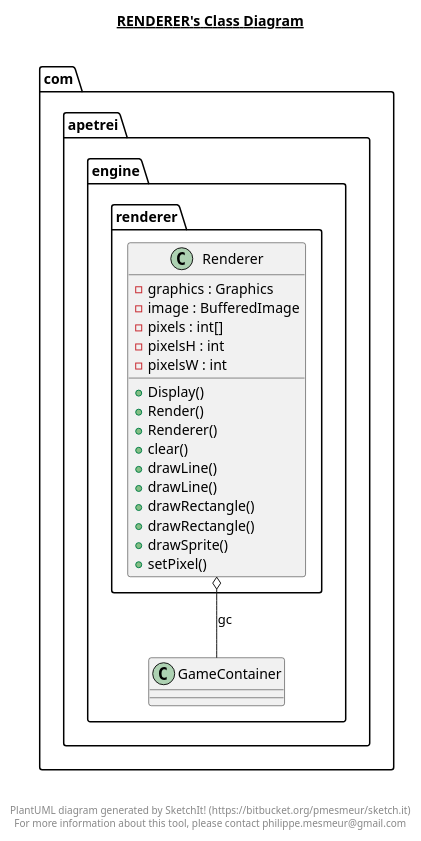
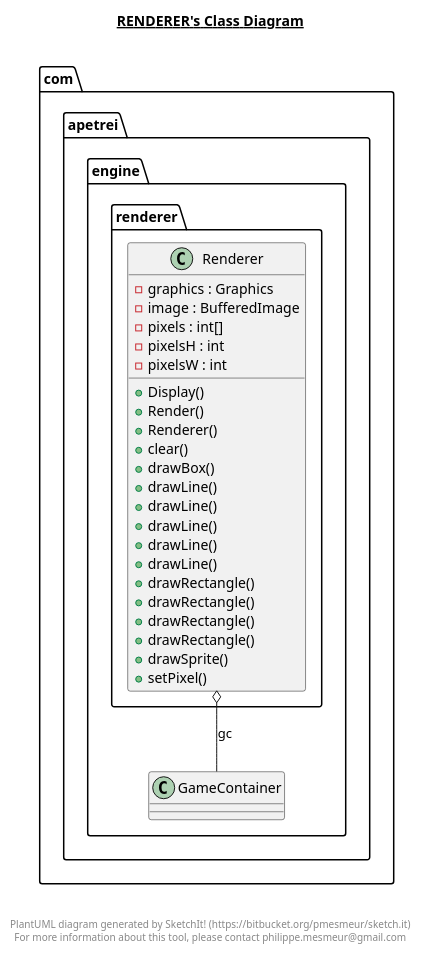
One commit to TheWiseWolfy/Wild-Sky changed the diagram in src/com/apetrei/engine/renderer/renderer.plantuml. Above: the diagram before and after it, drawn with PlantUML. The commit also changed 37 other files, not shown here.

Commit message:
Line on Box funtion

```diff
--- a/src/com/apetrei/engine/renderer/renderer.plantuml
+++ b/src/com/apetrei/engine/renderer/renderer.plantuml
@@ -1,38 +1,44 @@
 @startuml
 
 title __RENDERER's Class Diagram__\n
 
   namespace com.apetrei.engine {
     namespace renderer {
       class com.apetrei.engine.renderer.Renderer {
           - graphics : Graphics
           - image : BufferedImage
           - pixels : int[]
           - pixelsH : int
           - pixelsW : int
           + Display()
           + Render()
           + Renderer()
           + clear()
+          + drawBox()
           + drawLine()
           + drawLine()
+          + drawLine()
+          + drawLine()
+          + drawLine()
+          + drawRectangle()
+          + drawRectangle()
           + drawRectangle()
           + drawRectangle()
           + drawSprite()
           + setPixel()
       }
     }
   }
   
 
   com.apetrei.engine.renderer.Renderer o-- com.apetrei.engine.GameContainer : gc
 
 
 right footer
 
 
 PlantUML diagram generated by SketchIt! (https://bitbucket.org/pmesmeur/sketch.it)
 For more information about this tool, please contact philippe.mesmeur@gmail.com
 endfooter
 
 @enduml
```
